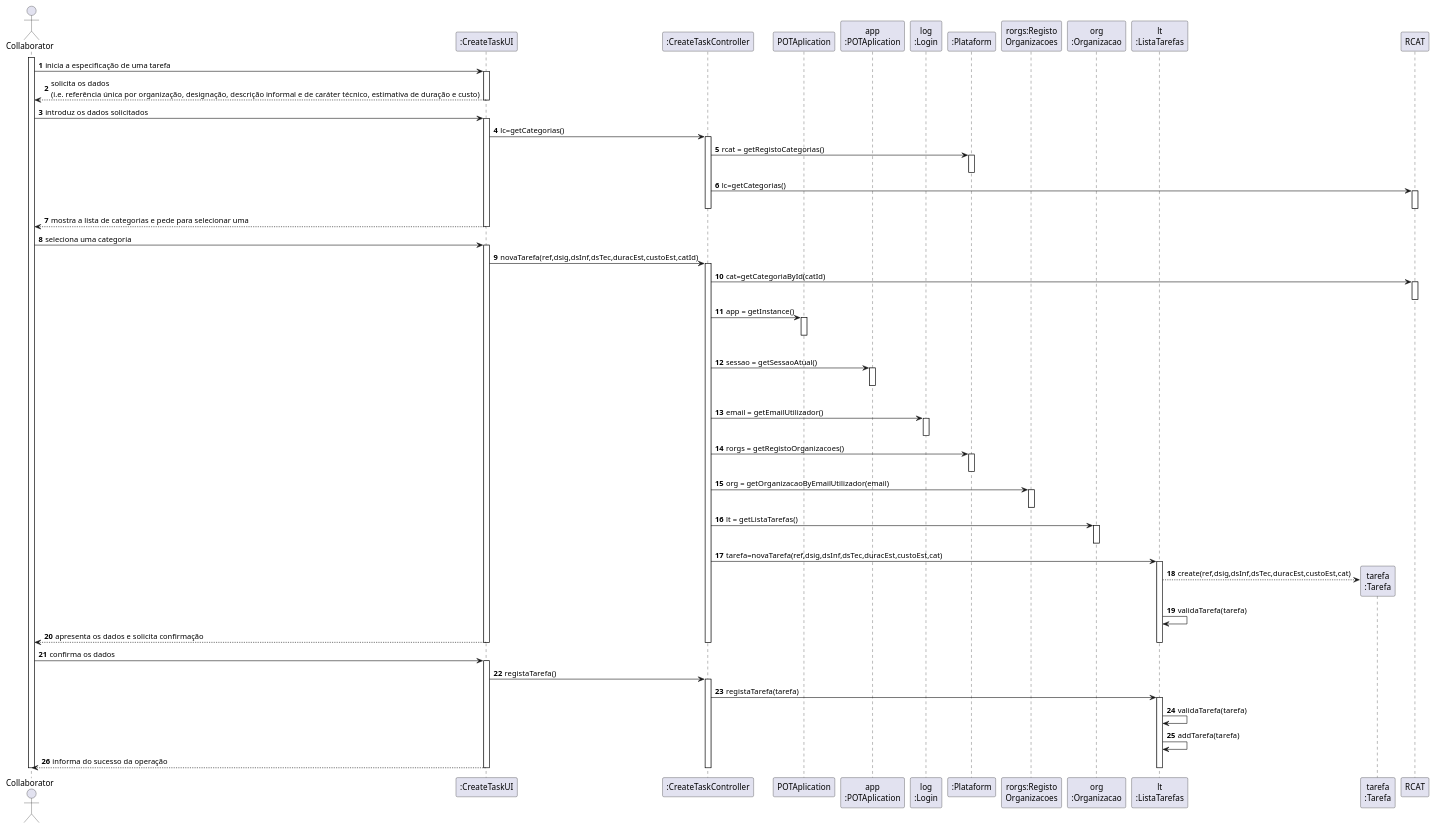
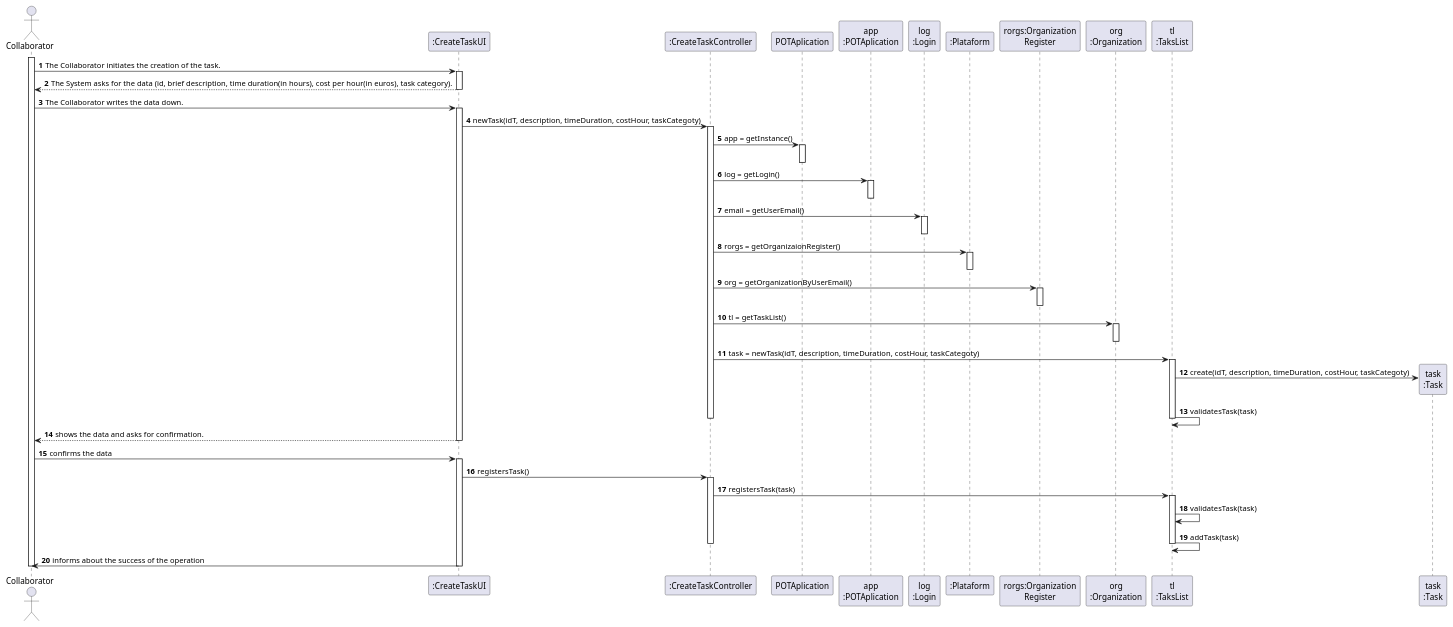
Before and after one commit to 1190452/LAPR2: the diagram in docs/UC2/UC2_SD.puml, drawn with PlantUML. The commit also changed 5 other files, not shown here.

```diff
--- a/docs/UC2/UC2_SD.puml
+++ b/docs/UC2/UC2_SD.puml
@@ -1,107 +1,87 @@
 @startuml
 autonumber
 'hide footbox
 actor "Collaborator" as ADM
 
 participant ":CreateTaskUI" as UI
 participant ":CreateTaskController" as CTRL
 participant "POTAplication" as _APP
 participant "app\n:POTAplication" as APP
 participant "log\n:Login" as SESSAO
 participant ":Plataform" as PLAT
-participant "rorgs:Registo\nOrganizacoes" as RORGS
-participant "org\n:Organizacao" as ORG
-participant "lt\n:ListaTarefas" as LTASKS
-participant "tarefa\n:Tarefa" as TAREFA
+participant "rorgs:Organization\nRegister" as RORGS
+participant "org\n:Organization" as ORG
+participant "tl\n:TaksList" as LTASKS
+participant "task\n:Task" as TAREFA
 
 
 activate ADM
-ADM -> UI : inicia a especificação de uma tarefa
+ADM -> UI : The Collaborator initiates the creation of the task.
 activate UI
-UI --> ADM : solicita os dados \n(i.e. referência única por organização, designação, descrição informal e de caráter técnico, estimativa de duração e custo)
+UI --> ADM : The System asks for the data (id, brief description, time duration(in hours), cost per hour(in euros), task category).
 deactivate UI
 
-ADM -> UI : introduz os dados solicitados
+ADM -> UI : The Collaborator writes the data down.
 activate UI
 
-UI -> CTRL : lc=getCategorias()
+UI -> CTRL : newTask(idT, description, timeDuration, costHour, taskCategoty)
 activate CTRL
 
-CTRL -> PLAT : rcat = getRegistoCategorias()
+CTRL -> _APP : app = getInstance()
+activate _APP
+deactivate _APP
+
+CTRL -> APP : log = getLogin()
+activate APP
+deactivate APP
+
+CTRL -> SESSAO : email = getUserEmail()
+activate SESSAO
+deactivate SESSAO
+
+CTRL -> PLAT : rorgs = getOrganizaionRegister()
 activate PLAT
 deactivate PLAT
 
-CTRL -> RCAT : lc=getCategorias()
-activate RCAT
-deactivate RCAT
-deactivate CTRL
-
-UI --> ADM : mostra a lista de categorias e pede para selecionar uma
-deactivate UI
-
-ADM -> UI : seleciona uma categoria
-activate UI
-
-UI -> CTRL : novaTarefa(ref,dsig,dsInf,dsTec,duracEst,custoEst,catId)
-activate CTRL
-
-CTRL -> RCAT : cat=getCategoriaById(catId)
-activate RCAT
-deactivate RCAT
-
-CTRL -> _APP: app = getInstance()
-activate _APP
-|||
-deactivate _APP
-
-CTRL -> APP: sessao = getSessaoAtual()
-activate APP
-|||
-deactivate APP
-
-CTRL -> SESSAO: email = getEmailUtilizador()
-activate SESSAO
-deactivate SESSAO
-
-CTRL -> PLAT: rorgs = getRegistoOrganizacoes()
-activate PLAT
-deactivate PLAT
-
-CTRL -> RORGS: org = getOrganizacaoByEmailUtilizador(email)
+CTRL -> RORGS : org = getOrganizationByUserEmail()
 activate RORGS
 deactivate RORGS
 
-CTRL -> ORG: lt = getListaTarefas()
+CTRL -> ORG : tl = getTaskList()
 activate ORG
 deactivate ORG
 
-CTRL -> LTASKS: tarefa=novaTarefa(ref,dsig,dsInf,dsTec,duracEst,custoEst,cat)
+CTRL -> LTASKS : task = newTask(idT, description, timeDuration, costHour, taskCategoty)
 activate LTASKS
 
-LTASKS --> TAREFA**: create(ref,dsig,dsInf,dsTec,duracEst,custoEst,cat)
-LTASKS -> LTASKS: validaTarefa(tarefa)
+LTASKS -> TAREFA** : create(idT, description, timeDuration, costHour, taskCategoty)
 
-UI --> ADM: apresenta os dados e solicita confirmação
+LTASKS -> LTASKS : validatesTask(task)
+
+deactivate CTRL
+deactivate LTASKS
+
+UI --> ADM : shows the data and asks for confirmation.
+deactivate UI
+
+ADM -> UI : confirms the data
+activate UI
+
+UI -> CTRL : registersTask()
+activate CTRL
+
+CTRL -> LTASKS : registersTask(task)
+activate LTASKS
+
+LTASKS -> LTASKS : validatesTask(task)
+LTASKS -> LTASKS : addTask(task)
 deactivate LTASKS
 deactivate CTRL
+
+UI -> ADM : informs about the success of the operation
 deactivate UI
-
-ADM -> UI : confirma os dados
-activate UI
-UI -> CTRL : registaTarefa()
-activate CTRL
-
-CTRL -> LTASKS : registaTarefa(tarefa)
-activate LTASKS
-
-LTASKS -> LTASKS: validaTarefa(tarefa)
-LTASKS -> LTASKS: addTarefa(tarefa)
-
-UI --> ADM : informa do sucesso da operação
-deactivate LTASKS
-deactivate CTRL
-deactivate UI
-
 deactivate ADM
 
+
+
 @enduml
```
